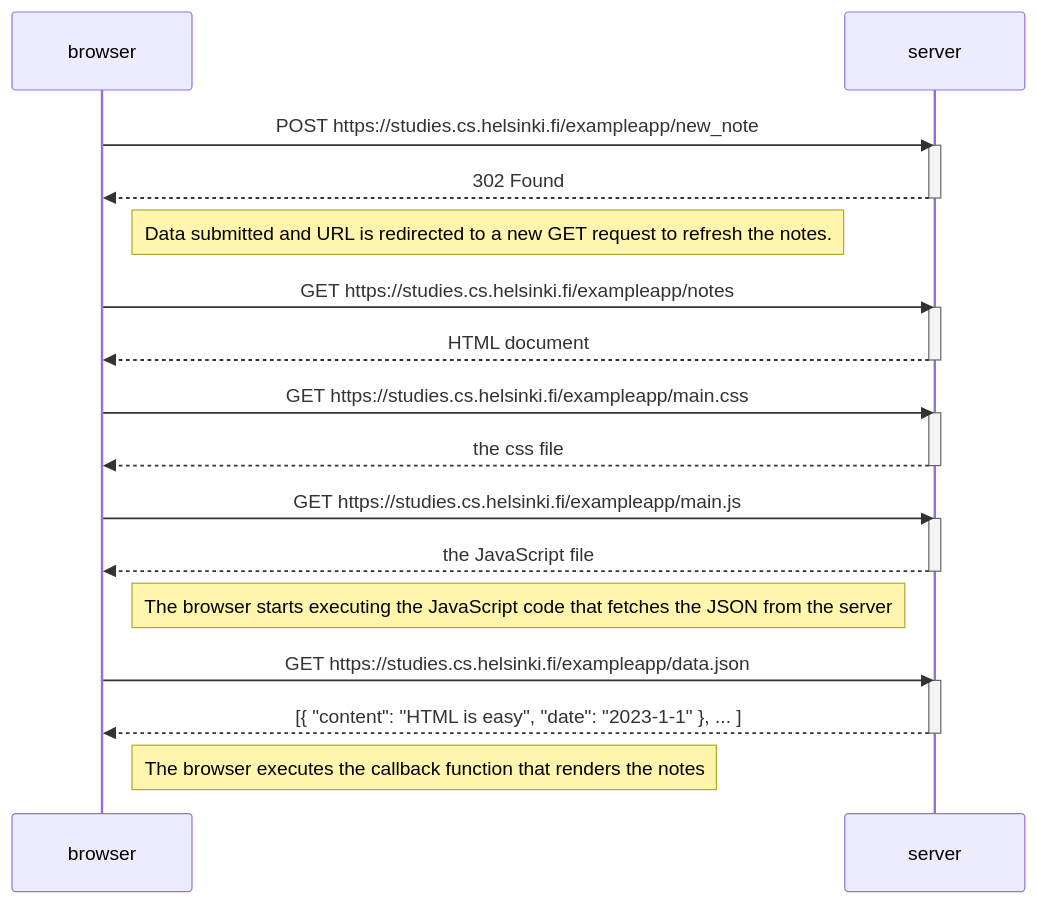
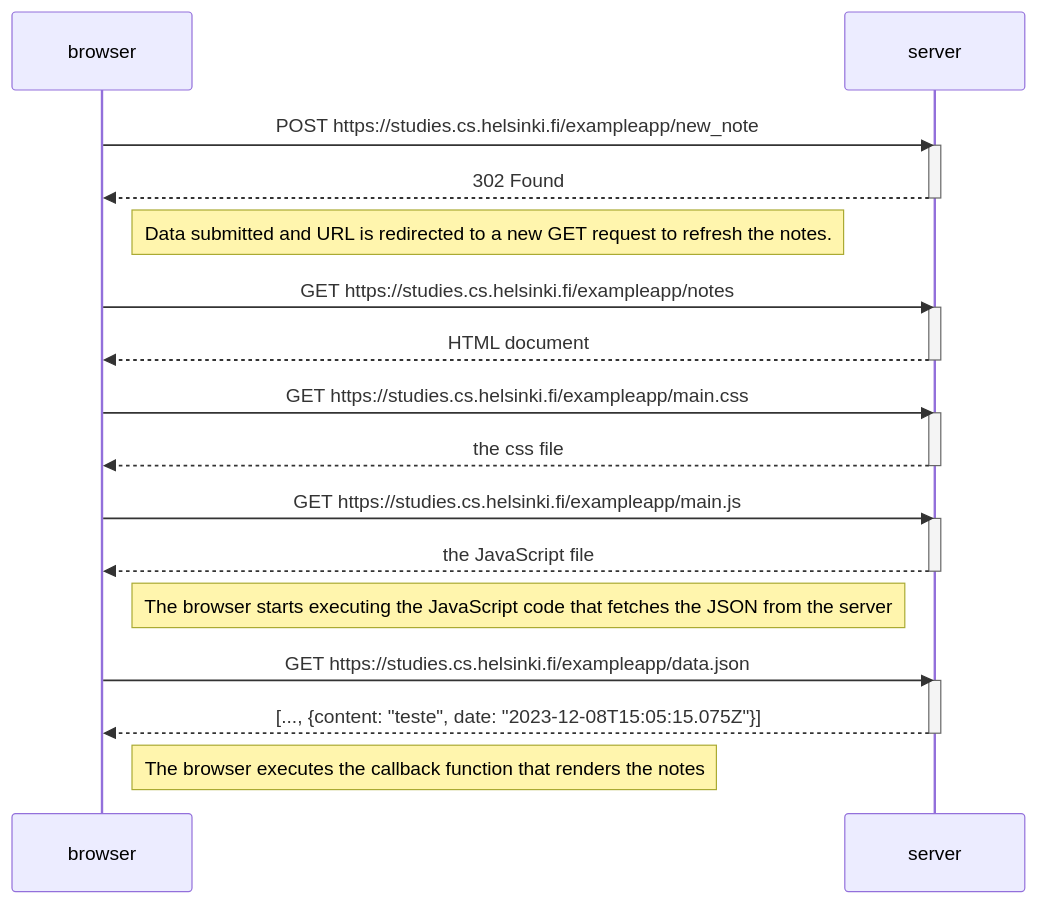
One commit to pedro-coelho-dr/fullstackopen changed the diagram in part0/0.4_new_note_diagram.md. Above: the diagram before and after it, drawn with Mermaid.

````diff
--- a/part0/0.4_new_note_diagram.md
+++ b/part0/0.4_new_note_diagram.md
@@ -2,40 +2,40 @@
 ```mermaid
 sequenceDiagram
     participant browser
     participant server
 
     browser->>server: POST https://studies.cs.helsinki.fi/exampleapp/new_note
     activate server
     server-->>browser: 302 Found
     deactivate server
 
     Note right of browser: Data submitted and URL is redirected to a new GET request to refresh the notes.
 
     browser->>server: GET https://studies.cs.helsinki.fi/exampleapp/notes
     activate server
     server-->>browser: HTML document
     deactivate server
 
     browser->>server: GET https://studies.cs.helsinki.fi/exampleapp/main.css
     activate server
     server-->>browser: the css file
     deactivate server
 
     browser->>server: GET https://studies.cs.helsinki.fi/exampleapp/main.js
     activate server
     server-->>browser: the JavaScript file
     deactivate server
 
     Note right of browser: The browser starts executing the JavaScript code that fetches the JSON from the server
 
     browser->>server: GET https://studies.cs.helsinki.fi/exampleapp/data.json
     activate server
-    server-->>browser: [{ "content": "HTML is easy", "date": "2023-1-1" }, ... ]
+    server-->>browser: [..., {content: "teste", date: "2023-12-08T15:05:15.075Z"}]
     deactivate server
 
     Note right of browser: The browser executes the callback function that renders the notes
 
   
 
 
 ```
````
